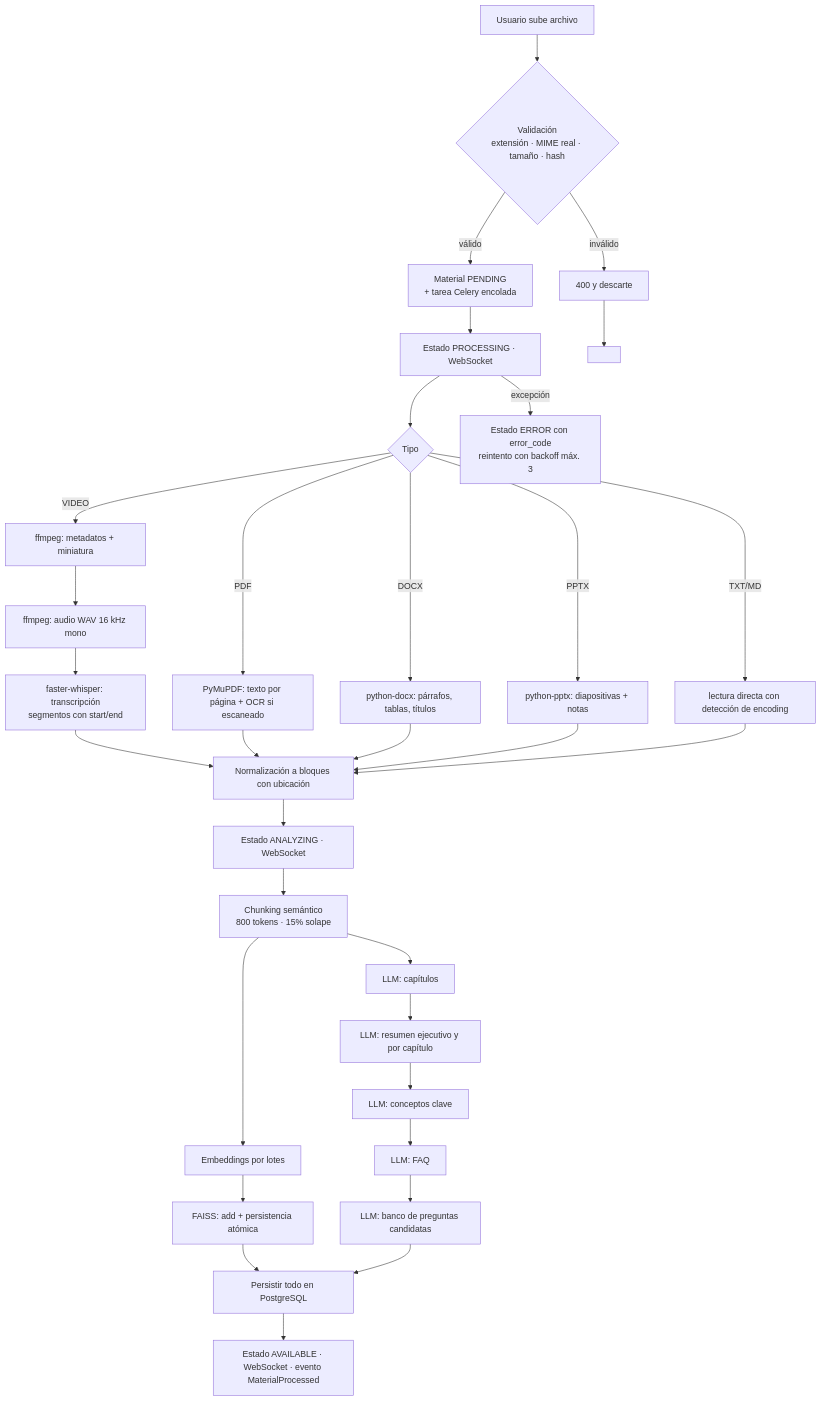
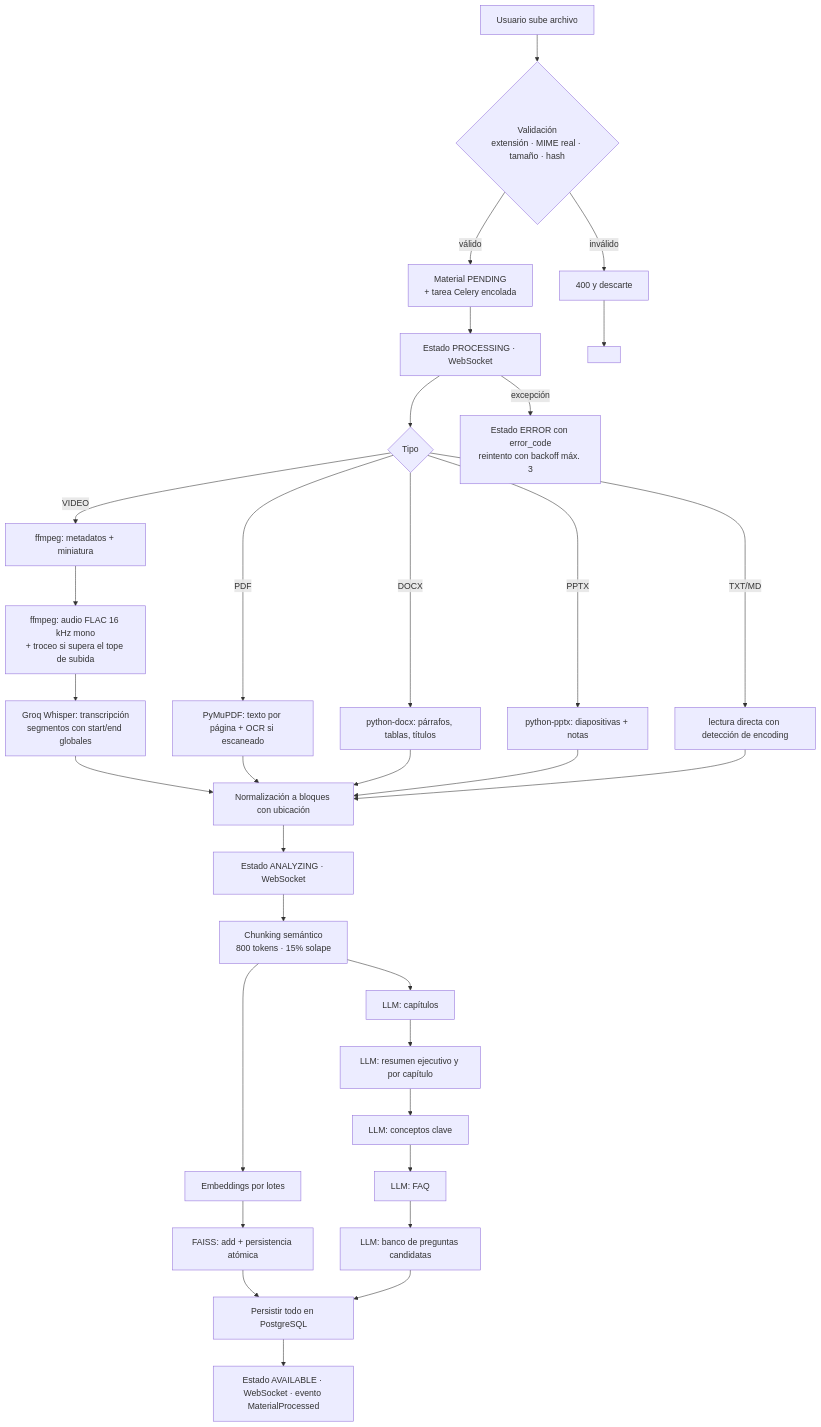
One commit to YoAndres2001/Capacitacion_IA changed the first of 2 diagrams in docs/13-flujo-procesamiento.md. Above: the diagram before and after it, drawn with Mermaid. The commit also changed other lines of this file and 118 other files, not shown here.

````diff
--- a/docs/13-flujo-procesamiento.md
+++ b/docs/13-flujo-procesamiento.md
@@ -5,34 +5,34 @@
 ```mermaid
 flowchart TD
     A[Usuario sube archivo] --> B{Validación<br/>extensión · MIME real · tamaño · hash}
     B -->|inválido| B1[400 y descarte]
     B -->|válido| C[Material PENDING<br/>+ tarea Celery encolada]
     C --> D[Estado PROCESSING · WebSocket]
     D --> E{Tipo}
     E -->|VIDEO| V1[ffmpeg: metadatos + miniatura]
-    V1 --> V2[ffmpeg: audio WAV 16 kHz mono]
-    V2 --> V3[faster-whisper: transcripción<br/>segmentos con start/end]
+    V1 --> V2[ffmpeg: audio FLAC 16 kHz mono<br/>+ troceo si supera el tope de subida]
+    V2 --> V3[Groq Whisper: transcripción<br/>segmentos con start/end globales]
     E -->|PDF| D1[PyMuPDF: texto por página + OCR si escaneado]
     E -->|DOCX| D2[python-docx: párrafos, tablas, títulos]
     E -->|PPTX| D3[python-pptx: diapositivas + notas]
     E -->|TXT/MD| D4[lectura directa con detección de encoding]
     V3 --> N[Normalización a bloques con ubicación]
     D1 --> N
     D2 --> N
     D3 --> N
     D4 --> N
     N --> O[Estado ANALYZING · WebSocket]
     O --> P[Chunking semántico<br/>800 tokens · 15% solape]
     P --> Q[Embeddings por lotes]
     Q --> R[FAISS: add + persistencia atómica]
     P --> S[LLM: capítulos]
     S --> T[LLM: resumen ejecutivo y por capítulo]
     T --> U[LLM: conceptos clave]
     U --> W[LLM: FAQ]
     W --> X[LLM: banco de preguntas candidatas]
     R --> Y
     X --> Y[Persistir todo en PostgreSQL]
     Y --> Z[Estado AVAILABLE · WebSocket · evento MaterialProcessed]
     B1 --> END[ ]
     D -->|excepción| ERR[Estado ERROR con error_code<br/>reintento con backoff máx. 3]
 ```
````
